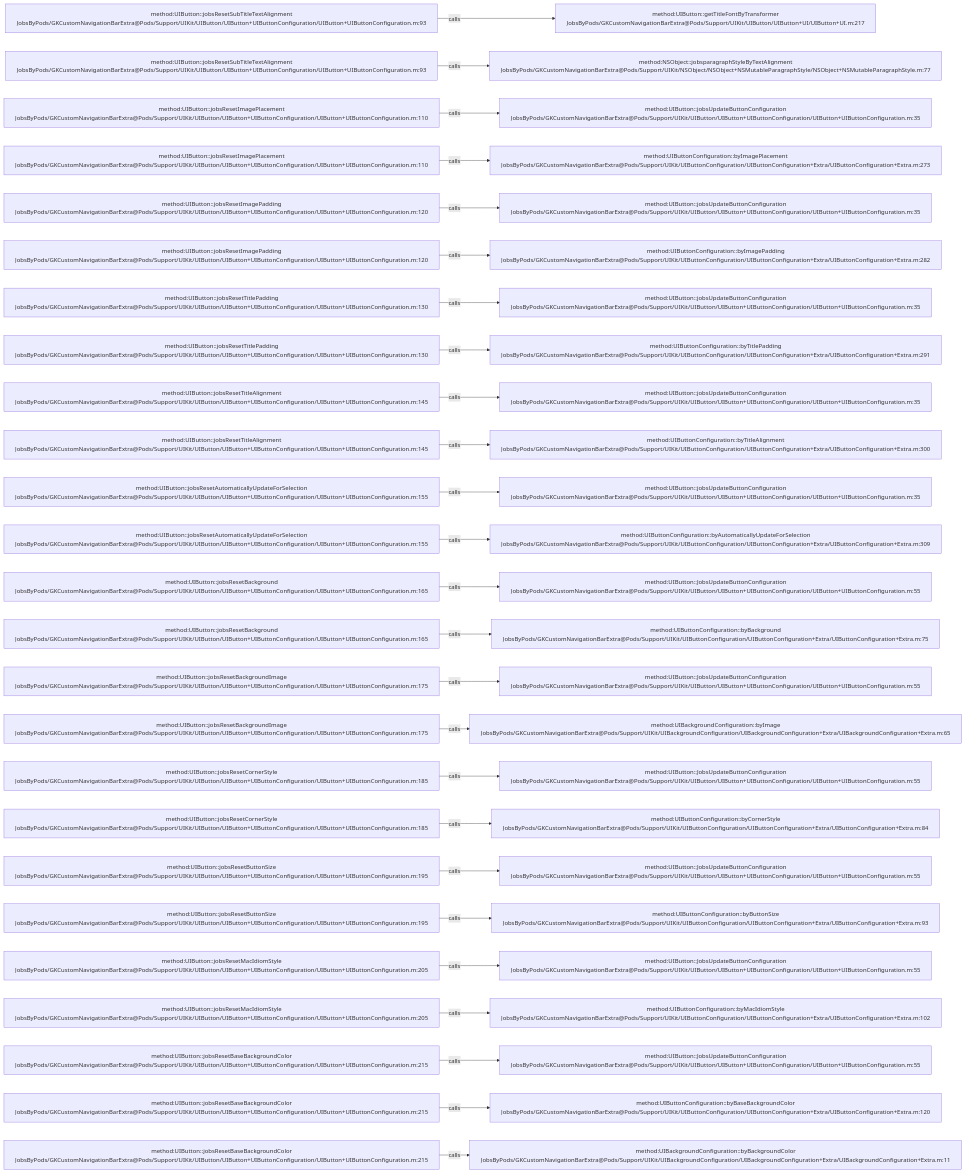
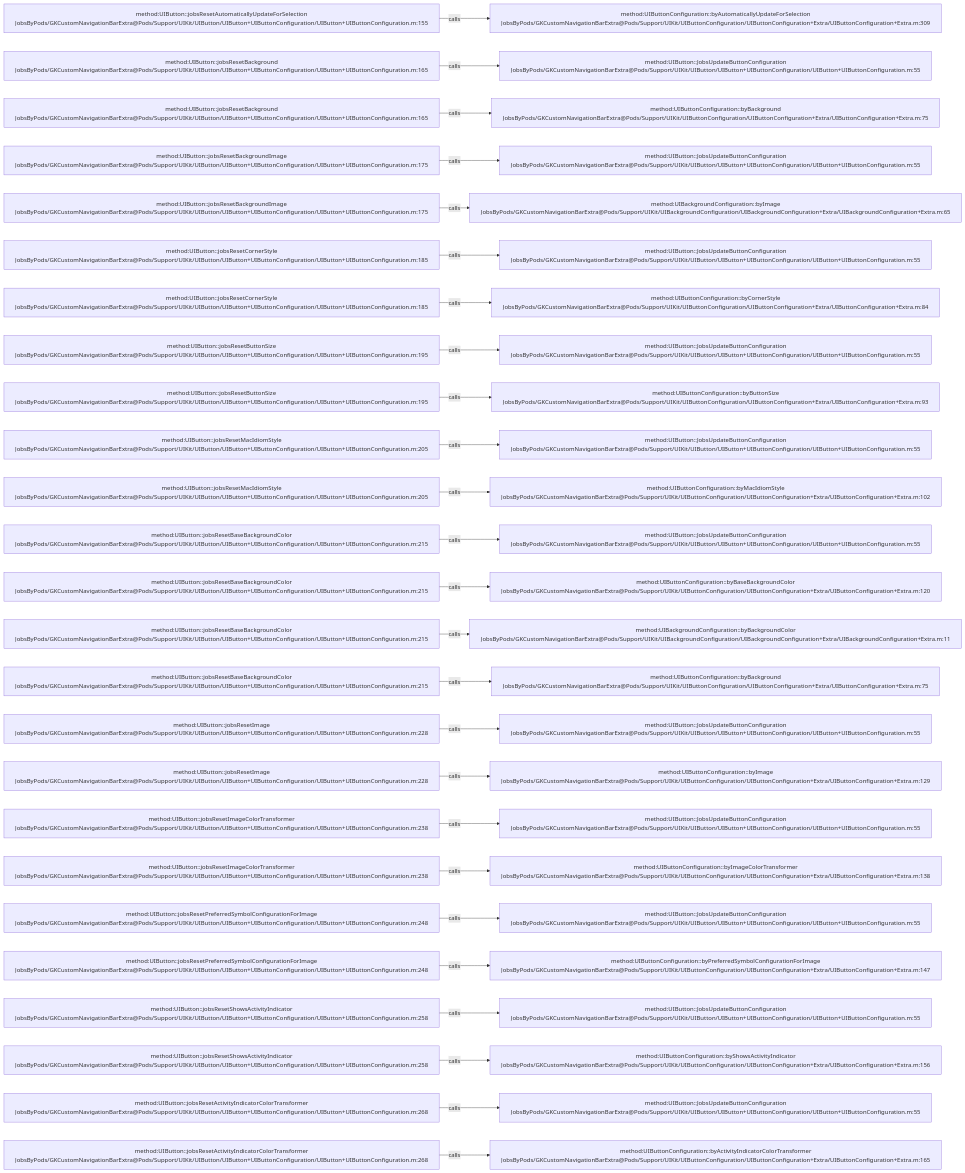
One commit to JobsKits/JobsOCBaseConfigDemo changed the diagram in .codegraph/codegraph.md/graphs/calls-033.md. Above: the diagram before and after it, drawn with Mermaid. The commit also changed 223 other files, not shown here.

````diff
--- a/.codegraph/codegraph.md/graphs/calls-033.md
+++ b/.codegraph/codegraph.md/graphs/calls-033.md
@@ -13,78 +13,78 @@
 ```mermaid
 flowchart LR
-  S1["method:UIButton::jobsResetSubTitleTextAlignment<br/>JobsByPods/GKCustomNavigationBarExtra@Pods/Support/UIKit/UIButton/UIButton+UIButtonConfiguration/UIButton+UIButtonConfiguration.m:93"]
-  T1["method:UIButton::getTitleFontByTransformer<br/>JobsByPods/GKCustomNavigationBarExtra@Pods/Support/UIKit/UIButton/UIButton+UI/UIButton+UI.m:217"]
+  S1["method:UIButton::jobsResetAutomaticallyUpdateForSelection<br/>JobsByPods/GKCustomNavigationBarExtra@Pods/Support/UIKit/UIButton/UIButton+UIButtonConfiguration/UIButton+UIButtonConfiguration.m:155"]
+  T1["method:UIButtonConfiguration::byAutomaticallyUpdateForSelection<br/>JobsByPods/GKCustomNavigationBarExtra@Pods/Support/UIKit/UIButtonConfiguration/UIButtonConfiguration+Extra/UIButtonConfiguration+Extra.m:309"]
   S1 -->|calls| T1
-  S2["method:UIButton::jobsResetSubTitleTextAlignment<br/>JobsByPods/GKCustomNavigationBarExtra@Pods/Support/UIKit/UIButton/UIButton+UIButtonConfiguration/UIButton+UIButtonConfiguration.m:93"]
-  T2["method:NSObject::jobsparagraphStyleByTextAlignment<br/>JobsByPods/GKCustomNavigationBarExtra@Pods/Support/UIKit/NSObject/NSObject+NSMutableParagraphStyle/NSObject+NSMutableParagraphStyle.m:77"]
+  S2["method:UIButton::jobsResetBackground<br/>JobsByPods/GKCustomNavigationBarExtra@Pods/Support/UIKit/UIButton/UIButton+UIButtonConfiguration/UIButton+UIButtonConfiguration.m:165"]
+  T2["method:UIButton::JobsUpdateButtonConfiguration<br/>JobsByPods/GKCustomNavigationBarExtra@Pods/Support/UIKit/UIButton/UIButton+UIButtonConfiguration/UIButton+UIButtonConfiguration.m:55"]
   S2 -->|calls| T2
-  S3["method:UIButton::jobsResetImagePlacement<br/>JobsByPods/GKCustomNavigationBarExtra@Pods/Support/UIKit/UIButton/UIButton+UIButtonConfiguration/UIButton+UIButtonConfiguration.m:110"]
-  T3["method:UIButton::jobsUpdateButtonConfiguration<br/>JobsByPods/GKCustomNavigationBarExtra@Pods/Support/UIKit/UIButton/UIButton+UIButtonConfiguration/UIButton+UIButtonConfiguration.m:35"]
+  S3["method:UIButton::jobsResetBackground<br/>JobsByPods/GKCustomNavigationBarExtra@Pods/Support/UIKit/UIButton/UIButton+UIButtonConfiguration/UIButton+UIButtonConfiguration.m:165"]
+  T3["method:UIButtonConfiguration::byBackground<br/>JobsByPods/GKCustomNavigationBarExtra@Pods/Support/UIKit/UIButtonConfiguration/UIButtonConfiguration+Extra/UIButtonConfiguration+Extra.m:75"]
   S3 -->|calls| T3
-  S4["method:UIButton::jobsResetImagePlacement<br/>JobsByPods/GKCustomNavigationBarExtra@Pods/Support/UIKit/UIButton/UIButton+UIButtonConfiguration/UIButton+UIButtonConfiguration.m:110"]
-  T4["method:UIButtonConfiguration::byImagePlacement<br/>JobsByPods/GKCustomNavigationBarExtra@Pods/Support/UIKit/UIButtonConfiguration/UIButtonConfiguration+Extra/UIButtonConfiguration+Extra.m:273"]
+  S4["method:UIButton::jobsResetBackgroundImage<br/>JobsByPods/GKCustomNavigationBarExtra@Pods/Support/UIKit/UIButton/UIButton+UIButtonConfiguration/UIButton+UIButtonConfiguration.m:175"]
+  T4["method:UIButton::JobsUpdateButtonConfiguration<br/>JobsByPods/GKCustomNavigationBarExtra@Pods/Support/UIKit/UIButton/UIButton+UIButtonConfiguration/UIButton+UIButtonConfiguration.m:55"]
   S4 -->|calls| T4
-  S5["method:UIButton::jobsResetImagePadding<br/>JobsByPods/GKCustomNavigationBarExtra@Pods/Support/UIKit/UIButton/UIButton+UIButtonConfiguration/UIButton+UIButtonConfiguration.m:120"]
-  T5["method:UIButton::jobsUpdateButtonConfiguration<br/>JobsByPods/GKCustomNavigationBarExtra@Pods/Support/UIKit/UIButton/UIButton+UIButtonConfiguration/UIButton+UIButtonConfiguration.m:35"]
+  S5["method:UIButton::jobsResetBackgroundImage<br/>JobsByPods/GKCustomNavigationBarExtra@Pods/Support/UIKit/UIButton/UIButton+UIButtonConfiguration/UIButton+UIButtonConfiguration.m:175"]
+  T5["method:UIBackgroundConfiguration::byImage<br/>JobsByPods/GKCustomNavigationBarExtra@Pods/Support/UIKit/UIBackgroundConfiguration/UIBackgroundConfiguration+Extra/UIBackgroundConfiguration+Extra.m:65"]
   S5 -->|calls| T5
-  S6["method:UIButton::jobsResetImagePadding<br/>JobsByPods/GKCustomNavigationBarExtra@Pods/Support/UIKit/UIButton/UIButton+UIButtonConfiguration/UIButton+UIButtonConfiguration.m:120"]
-  T6["method:UIButtonConfiguration::byImagePadding<br/>JobsByPods/GKCustomNavigationBarExtra@Pods/Support/UIKit/UIButtonConfiguration/UIButtonConfiguration+Extra/UIButtonConfiguration+Extra.m:282"]
+  S6["method:UIButton::jobsResetCornerStyle<br/>JobsByPods/GKCustomNavigationBarExtra@Pods/Support/UIKit/UIButton/UIButton+UIButtonConfiguration/UIButton+UIButtonConfiguration.m:185"]
+  T6["method:UIButton::JobsUpdateButtonConfiguration<br/>JobsByPods/GKCustomNavigationBarExtra@Pods/Support/UIKit/UIButton/UIButton+UIButtonConfiguration/UIButton+UIButtonConfiguration.m:55"]
   S6 -->|calls| T6
-  S7["method:UIButton::jobsResetTitlePadding<br/>JobsByPods/GKCustomNavigationBarExtra@Pods/Support/UIKit/UIButton/UIButton+UIButtonConfiguration/UIButton+UIButtonConfiguration.m:130"]
-  T7["method:UIButton::jobsUpdateButtonConfiguration<br/>JobsByPods/GKCustomNavigationBarExtra@Pods/Support/UIKit/UIButton/UIButton+UIButtonConfiguration/UIButton+UIButtonConfiguration.m:35"]
+  S7["method:UIButton::jobsResetCornerStyle<br/>JobsByPods/GKCustomNavigationBarExtra@Pods/Support/UIKit/UIButton/UIButton+UIButtonConfiguration/UIButton+UIButtonConfiguration.m:185"]
+  T7["method:UIButtonConfiguration::byCornerStyle<br/>JobsByPods/GKCustomNavigationBarExtra@Pods/Support/UIKit/UIButtonConfiguration/UIButtonConfiguration+Extra/UIButtonConfiguration+Extra.m:84"]
   S7 -->|calls| T7
-  S8["method:UIButton::jobsResetTitlePadding<br/>JobsByPods/GKCustomNavigationBarExtra@Pods/Support/UIKit/UIButton/UIButton+UIButtonConfiguration/UIButton+UIButtonConfiguration.m:130"]
-  T8["method:UIButtonConfiguration::byTitlePadding<br/>JobsByPods/GKCustomNavigationBarExtra@Pods/Support/UIKit/UIButtonConfiguration/UIButtonConfiguration+Extra/UIButtonConfiguration+Extra.m:291"]
+  S8["method:UIButton::jobsResetButtonSize<br/>JobsByPods/GKCustomNavigationBarExtra@Pods/Support/UIKit/UIButton/UIButton+UIButtonConfiguration/UIButton+UIButtonConfiguration.m:195"]
+  T8["method:UIButton::JobsUpdateButtonConfiguration<br/>JobsByPods/GKCustomNavigationBarExtra@Pods/Support/UIKit/UIButton/UIButton+UIButtonConfiguration/UIButton+UIButtonConfiguration.m:55"]
   S8 -->|calls| T8
-  S9["method:UIButton::jobsResetTitleAlignment<br/>JobsByPods/GKCustomNavigationBarExtra@Pods/Support/UIKit/UIButton/UIButton+UIButtonConfiguration/UIButton+UIButtonConfiguration.m:145"]
-  T9["method:UIButton::jobsUpdateButtonConfiguration<br/>JobsByPods/GKCustomNavigationBarExtra@Pods/Support/UIKit/UIButton/UIButton+UIButtonConfiguration/UIButton+UIButtonConfiguration.m:35"]
+  S9["method:UIButton::jobsResetButtonSize<br/>JobsByPods/GKCustomNavigationBarExtra@Pods/Support/UIKit/UIButton/UIButton+UIButtonConfiguration/UIButton+UIButtonConfiguration.m:195"]
+  T9["method:UIButtonConfiguration::byButtonSize<br/>JobsByPods/GKCustomNavigationBarExtra@Pods/Support/UIKit/UIButtonConfiguration/UIButtonConfiguration+Extra/UIButtonConfiguration+Extra.m:93"]
   S9 -->|calls| T9
-  S10["method:UIButton::jobsResetTitleAlignment<br/>JobsByPods/GKCustomNavigationBarExtra@Pods/Support/UIKit/UIButton/UIButton+UIButtonConfiguration/UIButton+UIButtonConfiguration.m:145"]
-  T10["method:UIButtonConfiguration::byTitleAlignment<br/>JobsByPods/GKCustomNavigationBarExtra@Pods/Support/UIKit/UIButtonConfiguration/UIButtonConfiguration+Extra/UIButtonConfiguration+Extra.m:300"]
+  S10["method:UIButton::jobsResetMacIdiomStyle<br/>JobsByPods/GKCustomNavigationBarExtra@Pods/Support/UIKit/UIButton/UIButton+UIButtonConfiguration/UIButton+UIButtonConfiguration.m:205"]
+  T10["method:UIButton::JobsUpdateButtonConfiguration<br/>JobsByPods/GKCustomNavigationBarExtra@Pods/Support/UIKit/UIButton/UIButton+UIButtonConfiguration/UIButton+UIButtonConfiguration.m:55"]
   S10 -->|calls| T10
-  S11["method:UIButton::jobsResetAutomaticallyUpdateForSelection<br/>JobsByPods/GKCustomNavigationBarExtra@Pods/Support/UIKit/UIButton/UIButton+UIButtonConfiguration/UIButton+UIButtonConfiguration.m:155"]
-  T11["method:UIButton::jobsUpdateButtonConfiguration<br/>JobsByPods/GKCustomNavigationBarExtra@Pods/Support/UIKit/UIButton/UIButton+UIButtonConfiguration/UIButton+UIButtonConfiguration.m:35"]
+  S11["method:UIButton::jobsResetMacIdiomStyle<br/>JobsByPods/GKCustomNavigationBarExtra@Pods/Support/UIKit/UIButton/UIButton+UIButtonConfiguration/UIButton+UIButtonConfiguration.m:205"]
+  T11["method:UIButtonConfiguration::byMacIdiomStyle<br/>JobsByPods/GKCustomNavigationBarExtra@Pods/Support/UIKit/UIButtonConfiguration/UIButtonConfiguration+Extra/UIButtonConfiguration+Extra.m:102"]
   S11 -->|calls| T11
-  S12["method:UIButton::jobsResetAutomaticallyUpdateForSelection<br/>JobsByPods/GKCustomNavigationBarExtra@Pods/Support/UIKit/UIButton/UIButton+UIButtonConfiguration/UIButton+UIButtonConfiguration.m:155"]
-  T12["method:UIButtonConfiguration::byAutomaticallyUpdateForSelection<br/>JobsByPods/GKCustomNavigationBarExtra@Pods/Support/UIKit/UIButtonConfiguration/UIButtonConfiguration+Extra/UIButtonConfiguration+Extra.m:309"]
+  S12["method:UIButton::jobsResetBaseBackgroundColor<br/>JobsByPods/GKCustomNavigationBarExtra@Pods/Support/UIKit/UIButton/UIButton+UIButtonConfiguration/UIButton+UIButtonConfiguration.m:215"]
+  T12["method:UIButton::JobsUpdateButtonConfiguration<br/>JobsByPods/GKCustomNavigationBarExtra@Pods/Support/UIKit/UIButton/UIButton+UIButtonConfiguration/UIButton+UIButtonConfiguration.m:55"]
   S12 -->|calls| T12
-  S13["method:UIButton::jobsResetBackground<br/>JobsByPods/GKCustomNavigationBarExtra@Pods/Support/UIKit/UIButton/UIButton+UIButtonConfiguration/UIButton+UIButtonConfiguration.m:165"]
-  T13["method:UIButton::JobsUpdateButtonConfiguration<br/>JobsByPods/GKCustomNavigationBarExtra@Pods/Support/UIKit/UIButton/UIButton+UIButtonConfiguration/UIButton+UIButtonConfiguration.m:55"]
+  S13["method:UIButton::jobsResetBaseBackgroundColor<br/>JobsByPods/GKCustomNavigationBarExtra@Pods/Support/UIKit/UIButton/UIButton+UIButtonConfiguration/UIButton+UIButtonConfiguration.m:215"]
+  T13["method:UIButtonConfiguration::byBaseBackgroundColor<br/>JobsByPods/GKCustomNavigationBarExtra@Pods/Support/UIKit/UIButtonConfiguration/UIButtonConfiguration+Extra/UIButtonConfiguration+Extra.m:120"]
   S13 -->|calls| T13
-  S14["method:UIButton::jobsResetBackground<br/>JobsByPods/GKCustomNavigationBarExtra@Pods/Support/UIKit/UIButton/UIButton+UIButtonConfiguration/UIButton+UIButtonConfiguration.m:165"]
-  T14["method:UIButtonConfiguration::byBackground<br/>JobsByPods/GKCustomNavigationBarExtra@Pods/Support/UIKit/UIButtonConfiguration/UIButtonConfiguration+Extra/UIButtonConfiguration+Extra.m:75"]
+  S14["method:UIButton::jobsResetBaseBackgroundColor<br/>JobsByPods/GKCustomNavigationBarExtra@Pods/Support/UIKit/UIButton/UIButton+UIButtonConfiguration/UIButton+UIButtonConfiguration.m:215"]
+  T14["method:UIBackgroundConfiguration::byBackgroundColor<br/>JobsByPods/GKCustomNavigationBarExtra@Pods/Support/UIKit/UIBackgroundConfiguration/UIBackgroundConfiguration+Extra/UIBackgroundConfiguration+Extra.m:11"]
   S14 -->|calls| T14
-  S15["method:UIButton::jobsResetBackgroundImage<br/>JobsByPods/GKCustomNavigationBarExtra@Pods/Support/UIKit/UIButton/UIButton+UIButtonConfiguration/UIButton+UIButtonConfiguration.m:175"]
-  T15["method:UIButton::JobsUpdateButtonConfiguration<br/>JobsByPods/GKCustomNavigationBarExtra@Pods/Support/UIKit/UIButton/UIButton+UIButtonConfiguration/UIButton+UIButtonConfiguration.m:55"]
+  S15["method:UIButton::jobsResetBaseBackgroundColor<br/>JobsByPods/GKCustomNavigationBarExtra@Pods/Support/UIKit/UIButton/UIButton+UIButtonConfiguration/UIButton+UIButtonConfiguration.m:215"]
+  T15["method:UIButtonConfiguration::byBackground<br/>JobsByPods/GKCustomNavigationBarExtra@Pods/Support/UIKit/UIButtonConfiguration/UIButtonConfiguration+Extra/UIButtonConfiguration+Extra.m:75"]
   S15 -->|calls| T15
-  S16["method:UIButton::jobsResetBackgroundImage<br/>JobsByPods/GKCustomNavigationBarExtra@Pods/Support/UIKit/UIButton/UIButton+UIButtonConfiguration/UIButton+UIButtonConfiguration.m:175"]
-  T16["method:UIBackgroundConfiguration::byImage<br/>JobsByPods/GKCustomNavigationBarExtra@Pods/Support/UIKit/UIBackgroundConfiguration/UIBackgroundConfiguration+Extra/UIBackgroundConfiguration+Extra.m:65"]
+  S16["method:UIButton::jobsResetImage<br/>JobsByPods/GKCustomNavigationBarExtra@Pods/Support/UIKit/UIButton/UIButton+UIButtonConfiguration/UIButton+UIButtonConfiguration.m:228"]
+  T16["method:UIButton::JobsUpdateButtonConfiguration<br/>JobsByPods/GKCustomNavigationBarExtra@Pods/Support/UIKit/UIButton/UIButton+UIButtonConfiguration/UIButton+UIButtonConfiguration.m:55"]
   S16 -->|calls| T16
-  S17["method:UIButton::jobsResetCornerStyle<br/>JobsByPods/GKCustomNavigationBarExtra@Pods/Support/UIKit/UIButton/UIButton+UIButtonConfiguration/UIButton+UIButtonConfiguration.m:185"]
-  T17["method:UIButton::JobsUpdateButtonConfiguration<br/>JobsByPods/GKCustomNavigationBarExtra@Pods/Support/UIKit/UIButton/UIButton+UIButtonConfiguration/UIButton+UIButtonConfiguration.m:55"]
+  S17["method:UIButton::jobsResetImage<br/>JobsByPods/GKCustomNavigationBarExtra@Pods/Support/UIKit/UIButton/UIButton+UIButtonConfiguration/UIButton+UIButtonConfiguration.m:228"]
+  T17["method:UIButtonConfiguration::byImage<br/>JobsByPods/GKCustomNavigationBarExtra@Pods/Support/UIKit/UIButtonConfiguration/UIButtonConfiguration+Extra/UIButtonConfiguration+Extra.m:129"]
   S17 -->|calls| T17
-  S18["method:UIButton::jobsResetCornerStyle<br/>JobsByPods/GKCustomNavigationBarExtra@Pods/Support/UIKit/UIButton/UIButton+UIButtonConfiguration/UIButton+UIButtonConfiguration.m:185"]
-  T18["method:UIButtonConfiguration::byCornerStyle<br/>JobsByPods/GKCustomNavigationBarExtra@Pods/Support/UIKit/UIButtonConfiguration/UIButtonConfiguration+Extra/UIButtonConfiguration+Extra.m:84"]
+  S18["method:UIButton::jobsResetImageColorTransformer<br/>JobsByPods/GKCustomNavigationBarExtra@Pods/Support/UIKit/UIButton/UIButton+UIButtonConfiguration/UIButton+UIButtonConfiguration.m:238"]
+  T18["method:UIButton::JobsUpdateButtonConfiguration<br/>JobsByPods/GKCustomNavigationBarExtra@Pods/Support/UIKit/UIButton/UIButton+UIButtonConfiguration/UIButton+UIButtonConfiguration.m:55"]
   S18 -->|calls| T18
-  S19["method:UIButton::jobsResetButtonSize<br/>JobsByPods/GKCustomNavigationBarExtra@Pods/Support/UIKit/UIButton/UIButton+UIButtonConfiguration/UIButton+UIButtonConfiguration.m:195"]
-  T19["method:UIButton::JobsUpdateButtonConfiguration<br/>JobsByPods/GKCustomNavigationBarExtra@Pods/Support/UIKit/UIButton/UIButton+UIButtonConfiguration/UIButton+UIButtonConfiguration.m:55"]
+  S19["method:UIButton::jobsResetImageColorTransformer<br/>JobsByPods/GKCustomNavigationBarExtra@Pods/Support/UIKit/UIButton/UIButton+UIButtonConfiguration/UIButton+UIButtonConfiguration.m:238"]
+  T19["method:UIButtonConfiguration::byImageColorTransformer<br/>JobsByPods/GKCustomNavigationBarExtra@Pods/Support/UIKit/UIButtonConfiguration/UIButtonConfiguration+Extra/UIButtonConfiguration+Extra.m:138"]
   S19 -->|calls| T19
-  S20["method:UIButton::jobsResetButtonSize<br/>JobsByPods/GKCustomNavigationBarExtra@Pods/Support/UIKit/UIButton/UIButton+UIButtonConfiguration/UIButton+UIButtonConfiguration.m:195"]
-  T20["method:UIButtonConfiguration::byButtonSize<br/>JobsByPods/GKCustomNavigationBarExtra@Pods/Support/UIKit/UIButtonConfiguration/UIButtonConfiguration+Extra/UIButtonConfiguration+Extra.m:93"]
+  S20["method:UIButton::jobsResetPreferredSymbolConfigurationForImage<br/>JobsByPods/GKCustomNavigationBarExtra@Pods/Support/UIKit/UIButton/UIButton+UIButtonConfiguration/UIButton+UIButtonConfiguration.m:248"]
+  T20["method:UIButton::JobsUpdateButtonConfiguration<br/>JobsByPods/GKCustomNavigationBarExtra@Pods/Support/UIKit/UIButton/UIButton+UIButtonConfiguration/UIButton+UIButtonConfiguration.m:55"]
   S20 -->|calls| T20
-  S21["method:UIButton::jobsResetMacIdiomStyle<br/>JobsByPods/GKCustomNavigationBarExtra@Pods/Support/UIKit/UIButton/UIButton+UIButtonConfiguration/UIButton+UIButtonConfiguration.m:205"]
-  T21["method:UIButton::JobsUpdateButtonConfiguration<br/>JobsByPods/GKCustomNavigationBarExtra@Pods/Support/UIKit/UIButton/UIButton+UIButtonConfiguration/UIButton+UIButtonConfiguration.m:55"]
+  S21["method:UIButton::jobsResetPreferredSymbolConfigurationForImage<br/>JobsByPods/GKCustomNavigationBarExtra@Pods/Support/UIKit/UIButton/UIButton+UIButtonConfiguration/UIButton+UIButtonConfiguration.m:248"]
+  T21["method:UIButtonConfiguration::byPreferredSymbolConfigurationForImage<br/>JobsByPods/GKCustomNavigationBarExtra@Pods/Support/UIKit/UIButtonConfiguration/UIButtonConfiguration+Extra/UIButtonConfiguration+Extra.m:147"]
   S21 -->|calls| T21
-  S22["method:UIButton::jobsResetMacIdiomStyle<br/>JobsByPods/GKCustomNavigationBarExtra@Pods/Support/UIKit/UIButton/UIButton+UIButtonConfiguration/UIButton+UIButtonConfiguration.m:205"]
-  T22["method:UIButtonConfiguration::byMacIdiomStyle<br/>JobsByPods/GKCustomNavigationBarExtra@Pods/Support/UIKit/UIButtonConfiguration/UIButtonConfiguration+Extra/UIButtonConfiguration+Extra.m:102"]
+  S22["method:UIButton::jobsResetShowsActivityIndicator<br/>JobsByPods/GKCustomNavigationBarExtra@Pods/Support/UIKit/UIButton/UIButton+UIButtonConfiguration/UIButton+UIButtonConfiguration.m:258"]
+  T22["method:UIButton::JobsUpdateButtonConfiguration<br/>JobsByPods/GKCustomNavigationBarExtra@Pods/Support/UIKit/UIButton/UIButton+UIButtonConfiguration/UIButton+UIButtonConfiguration.m:55"]
   S22 -->|calls| T22
-  S23["method:UIButton::jobsResetBaseBackgroundColor<br/>JobsByPods/GKCustomNavigationBarExtra@Pods/Support/UIKit/UIButton/UIButton+UIButtonConfiguration/UIButton+UIButtonConfiguration.m:215"]
-  T23["method:UIButton::JobsUpdateButtonConfiguration<br/>JobsByPods/GKCustomNavigationBarExtra@Pods/Support/UIKit/UIButton/UIButton+UIButtonConfiguration/UIButton+UIButtonConfiguration.m:55"]
+  S23["method:UIButton::jobsResetShowsActivityIndicator<br/>JobsByPods/GKCustomNavigationBarExtra@Pods/Support/UIKit/UIButton/UIButton+UIButtonConfiguration/UIButton+UIButtonConfiguration.m:258"]
+  T23["method:UIButtonConfiguration::byShowsActivityIndicator<br/>JobsByPods/GKCustomNavigationBarExtra@Pods/Support/UIKit/UIButtonConfiguration/UIButtonConfiguration+Extra/UIButtonConfiguration+Extra.m:156"]
   S23 -->|calls| T23
-  S24["method:UIButton::jobsResetBaseBackgroundColor<br/>JobsByPods/GKCustomNavigationBarExtra@Pods/Support/UIKit/UIButton/UIButton+UIButtonConfiguration/UIButton+UIButtonConfiguration.m:215"]
-  T24["method:UIButtonConfiguration::byBaseBackgroundColor<br/>JobsByPods/GKCustomNavigationBarExtra@Pods/Support/UIKit/UIButtonConfiguration/UIButtonConfiguration+Extra/UIButtonConfiguration+Extra.m:120"]
+  S24["method:UIButton::jobsResetActivityIndicatorColorTransformer<br/>JobsByPods/GKCustomNavigationBarExtra@Pods/Support/UIKit/UIButton/UIButton+UIButtonConfiguration/UIButton+UIButtonConfiguration.m:268"]
+  T24["method:UIButton::JobsUpdateButtonConfiguration<br/>JobsByPods/GKCustomNavigationBarExtra@Pods/Support/UIKit/UIButton/UIButton+UIButtonConfiguration/UIButton+UIButtonConfiguration.m:55"]
   S24 -->|calls| T24
-  S25["method:UIButton::jobsResetBaseBackgroundColor<br/>JobsByPods/GKCustomNavigationBarExtra@Pods/Support/UIKit/UIButton/UIButton+UIButtonConfiguration/UIButton+UIButtonConfiguration.m:215"]
-  T25["method:UIBackgroundConfiguration::byBackgroundColor<br/>JobsByPods/GKCustomNavigationBarExtra@Pods/Support/UIKit/UIBackgroundConfiguration/UIBackgroundConfiguration+Extra/UIBackgroundConfiguration+Extra.m:11"]
+  S25["method:UIButton::jobsResetActivityIndicatorColorTransformer<br/>JobsByPods/GKCustomNavigationBarExtra@Pods/Support/UIKit/UIButton/UIButton+UIButtonConfiguration/UIButton+UIButtonConfiguration.m:268"]
+  T25["method:UIButtonConfiguration::byActivityIndicatorColorTransformer<br/>JobsByPods/GKCustomNavigationBarExtra@Pods/Support/UIKit/UIButtonConfiguration/UIButtonConfiguration+Extra/UIButtonConfiguration+Extra.m:165"]
   S25 -->|calls| T25
 ```
````
